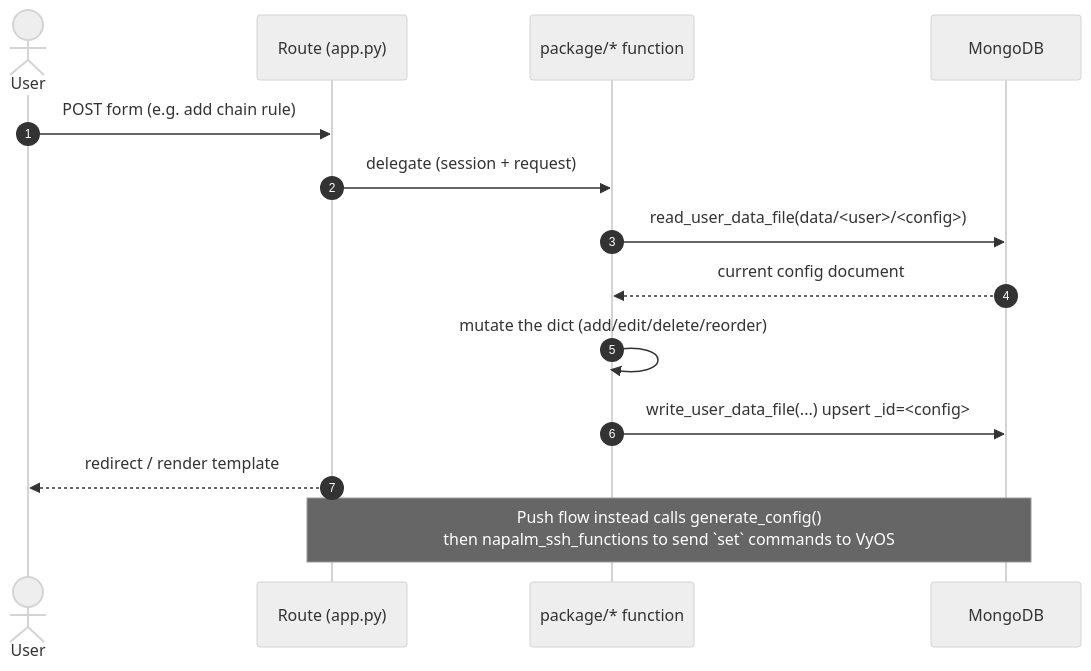
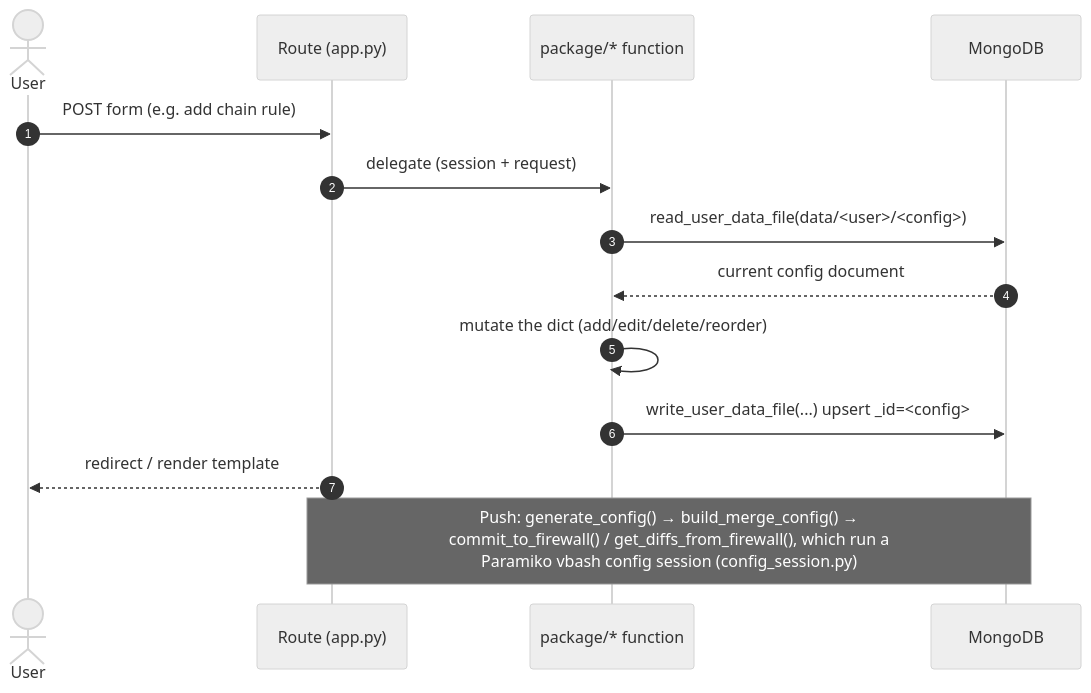
One commit to ibehren1/fw-gui changed the tenth of 10 diagrams in docs/data-architecture.md. Above: the diagram before and after it, drawn with Mermaid (neutral theme). The commit also changed other lines of this file and 3 other files, not shown here.

````diff
--- a/docs/data-architecture.md
+++ b/docs/data-architecture.md
@@ -877,16 +919,16 @@
 ```mermaid
 sequenceDiagram
     autonumber
     actor U as User
     participant R as Route (app.py)
     participant P as package/* function
     participant M as MongoDB
     U->>R: POST form (e.g. add chain rule)
     R->>P: delegate (session + request)
     P->>M: read_user_data_file(data/<user>/<config>)
     M-->>P: current config document
     P->>P: mutate the dict (add/edit/delete/reorder)
     P->>M: write_user_data_file(...) upsert _id=<config>
     R-->>U: redirect / render template
-    Note over R,M: Push flow instead calls generate_config()<br/>then napalm_ssh_functions to send `set` commands to VyOS
+    Note over R,M: Push: generate_config() → build_merge_config() →<br/>commit_to_firewall() / get_diffs_from_firewall(), which run a<br/>Paramiko vbash config session (config_session.py)
 ```
````
